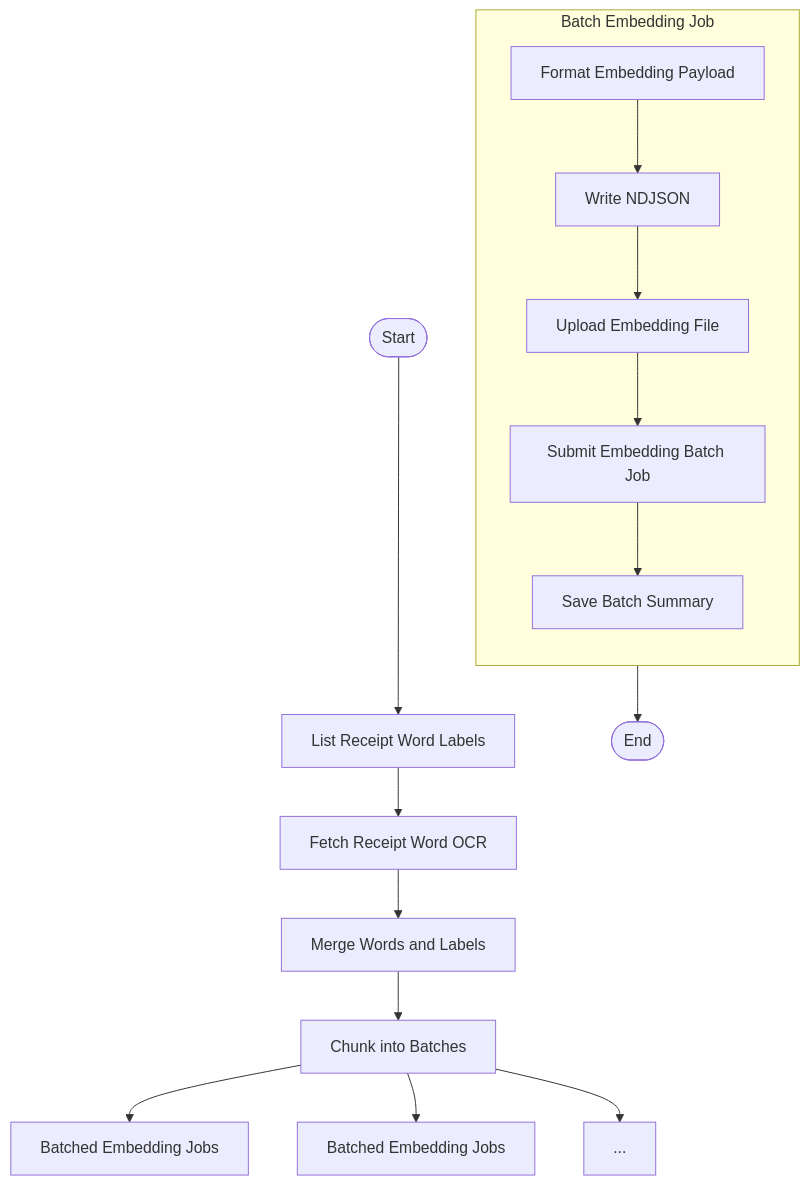
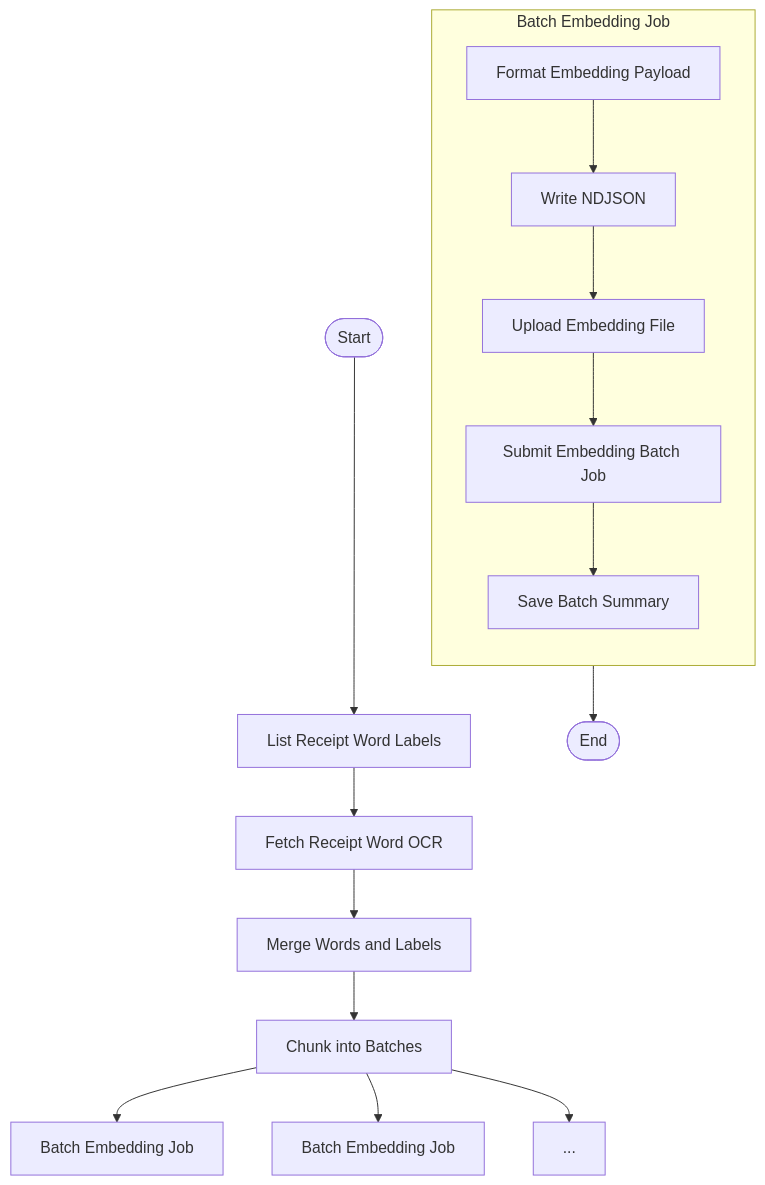
Before and after one commit to tnorlund/Portfolio: the diagram in receipt_label/submit_embedding_batch/README.md, drawn with Mermaid.

````diff
--- a/receipt_label/submit_embedding_batch/README.md
+++ b/receipt_label/submit_embedding_batch/README.md
@@ -47,21 +47,21 @@
 ```mermaid
 flowchart TD
     Start([Start]) --> ListReceiptWordLabels["List Receipt Word Labels"]
     ListReceiptWordLabels --> FetchReceiptWords["Fetch Receipt Word OCR"]
     FetchReceiptWords --> JoinWordsAndLabels["Merge Words and Labels"]
     JoinWordsAndLabels --> ChunkIntoEmbeddingBatches["Chunk into Batches"]
 
-    ChunkIntoEmbeddingBatches --> EachEmbeddingBatch["Batched Embedding Jobs"]
-    ChunkIntoEmbeddingBatches --> EachEmbeddingBatch1["Batched Embedding Jobs"]
+    ChunkIntoEmbeddingBatches --> EachEmbeddingBatch["Batch Embedding Job"]
+    ChunkIntoEmbeddingBatches --> EachEmbeddingBatch1["Batch Embedding Job"]
     ChunkIntoEmbeddingBatches --> EachEmbeddingBatchEllipsis["..."]
 
     subgraph "Batch Embedding Job"
         direction TB
         GenerateOpenAIInput["Format Embedding Payload"] --> WriteNDJSON["Write NDJSON"]
         WriteNDJSON --> UploadEmbeddingFile["Upload Embedding File"]
         UploadEmbeddingFile --> SubmitEmbeddingBatchJob["Submit Embedding Batch Job"]
         SubmitEmbeddingBatchJob --> SaveBatchSummary["Save Batch Summary"]
     end
 
     SaveBatchSummary --> End([End])
 ```
````
